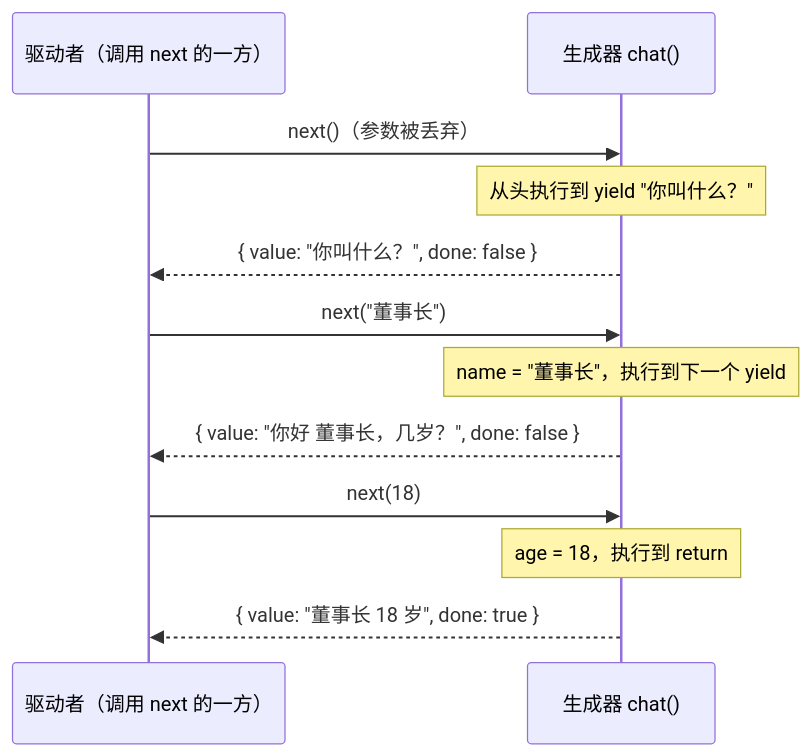
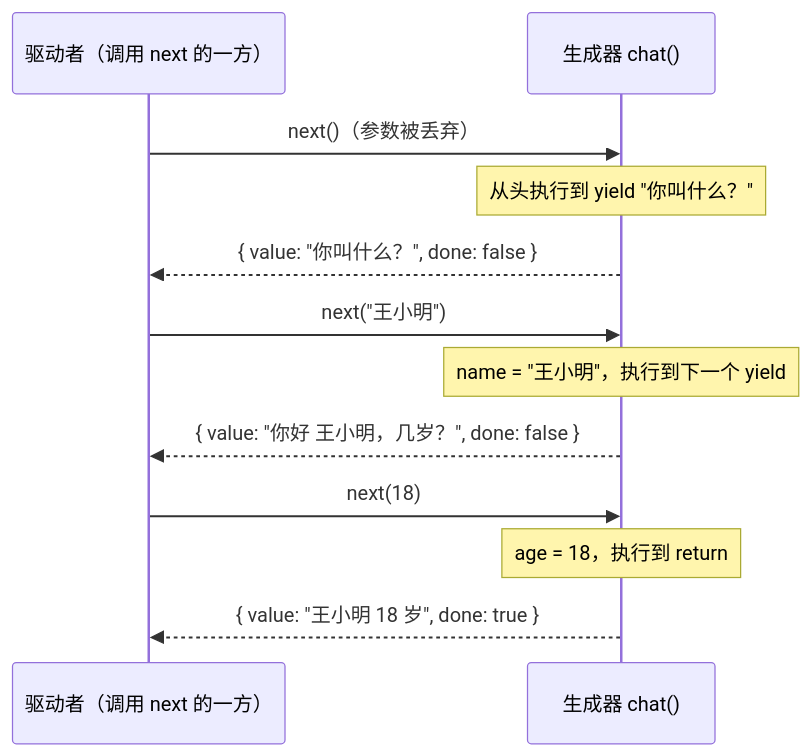
Before and after one commit to PerfectPan/wiki: the diagram in wiki/topics/languages/javascript-generators.md, drawn with Mermaid. The commit also changed other lines of this file and 2 other files, not shown here.

Commit message:
docs(languages): use a neutral example name in effect and generator pages (#121)

````diff
--- a/wiki/topics/languages/javascript-generators.md
+++ b/wiki/topics/languages/javascript-generators.md
@@ -48,14 +48,14 @@
 ```mermaid
 sequenceDiagram
     participant D as 驱动者（调用 next 的一方）
     participant G as 生成器 chat()
     D->>G: next()（参数被丢弃）
     Note over G: 从头执行到 yield "你叫什么？"
     G-->>D: { value: "你叫什么？", done: false }
-    D->>G: next("董事长")
-    Note over G: name = "董事长"，执行到下一个 yield
-    G-->>D: { value: "你好 董事长，几岁？", done: false }
+    D->>G: next("王小明")
+    Note over G: name = "王小明"，执行到下一个 yield
+    G-->>D: { value: "你好 王小明，几岁？", done: false }
     D->>G: next(18)
     Note over G: age = 18，执行到 return
-    G-->>D: { value: "董事长 18 岁", done: true }
+    G-->>D: { value: "王小明 18 岁", done: true }
 ```
````
